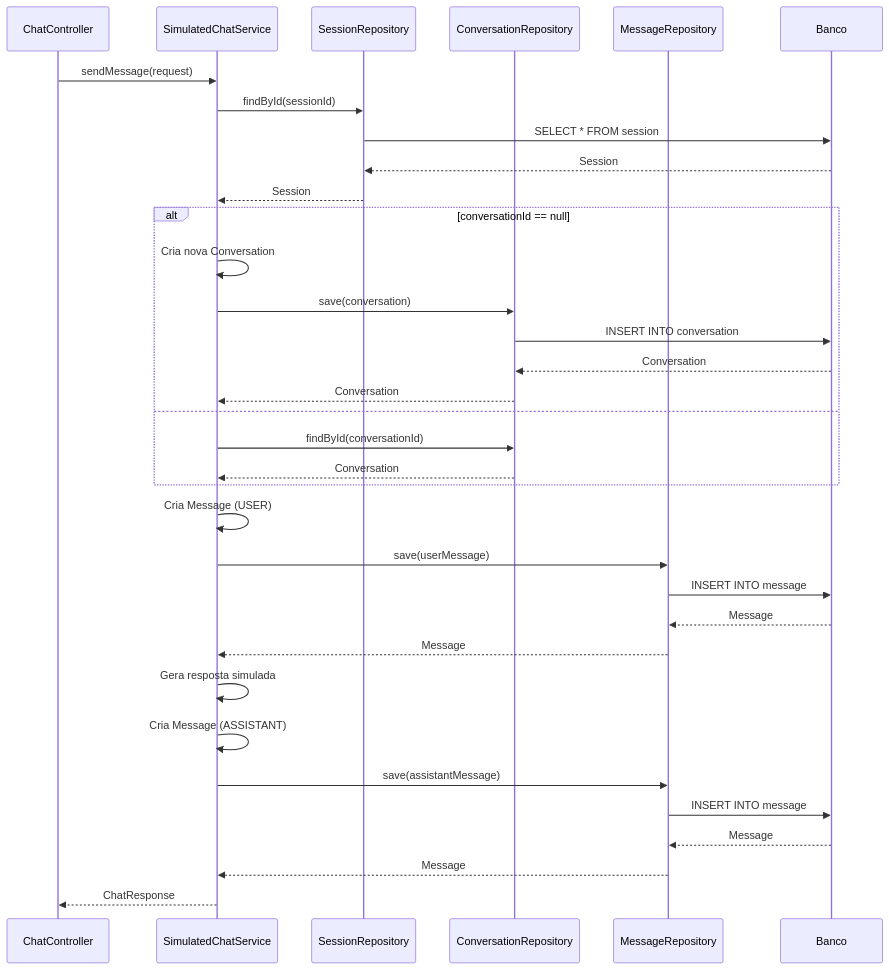
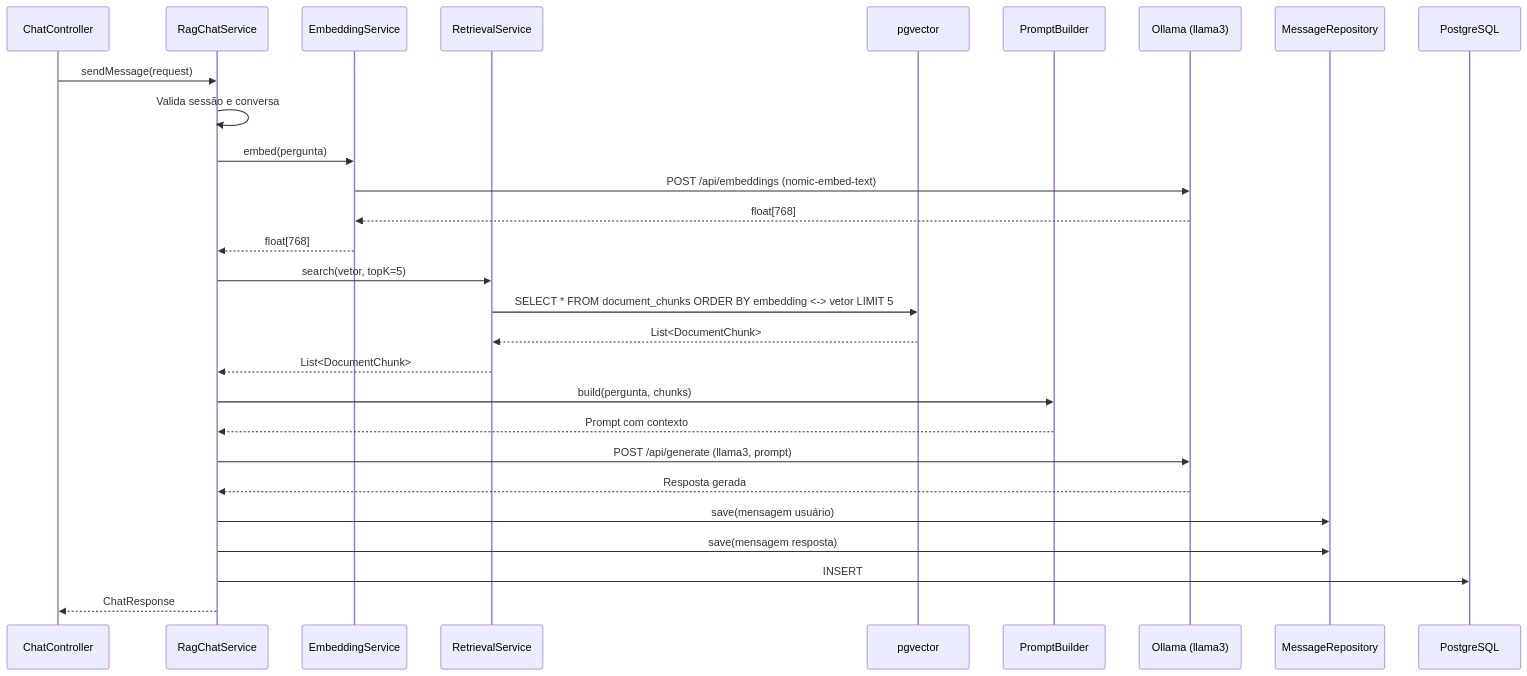
One commit to raylaferreira-coder/API_IA changed the fifth of 9 diagrams in doc/SYSTEM_DOCS_BACKEND.md. Above: the diagram before and after it, drawn with Mermaid. The commit also changed other lines of this file, not shown here.

````diff
--- a/doc/SYSTEM_DOCS_BACKEND.md
+++ b/doc/SYSTEM_DOCS_BACKEND.md
@@ -696,41 +1105,37 @@
 ```mermaid
 sequenceDiagram
     participant Controller as ChatController
-    participant Service as SimulatedChatService
-    participant SessionRepo as SessionRepository
-    participant ConvRepo as ConversationRepository
+    participant Service as RagChatService
+    participant EmbedSvc as EmbeddingService
+    participant Retrieval as RetrievalService
+    participant VectorDB as pgvector
+    participant Prompt as PromptBuilder
+    participant Ollama as Ollama (llama3)
     participant MsgRepo as MessageRepository
-    participant DB as Banco
+    participant DB as PostgreSQL
 
     Controller->>Service: sendMessage(request)
-    Service->>SessionRepo: findById(sessionId)
-    SessionRepo->>DB: SELECT * FROM session
-    DB-->>SessionRepo: Session
-    SessionRepo-->>Service: Session
+    Service->>Service: Valida sessão e conversa
 
-    alt conversationId == null
-        Service->>Service: Cria nova Conversation
-        Service->>ConvRepo: save(conversation)
-        ConvRepo->>DB: INSERT INTO conversation
-        DB-->>ConvRepo: Conversation
-        ConvRepo-->>Service: Conversation
-    else
-        Service->>ConvRepo: findById(conversationId)
-        ConvRepo-->>Service: Conversation
-    end
+    Service->>EmbedSvc: embed(pergunta)
+    EmbedSvc->>Ollama: POST /api/embeddings (nomic-embed-text)
+    Ollama-->>EmbedSvc: float[768]
+    EmbedSvc-->>Service: float[768]
 
-    Service->>Service: Cria Message (USER)
-    Service->>MsgRepo: save(userMessage)
-    MsgRepo->>DB: INSERT INTO message
-    DB-->>MsgRepo: Message
-    MsgRepo-->>Service: Message
+    Service->>Retrieval: search(vetor, topK=5)
+    Retrieval->>VectorDB: SELECT * FROM document_chunks ORDER BY embedding <-> vetor LIMIT 5
+    VectorDB-->>Retrieval: List<DocumentChunk>
+    Retrieval-->>Service: List<DocumentChunk>
 
-    Service->>Service: Gera resposta simulada
-    Service->>Service: Cria Message (ASSISTANT)
-    Service->>MsgRepo: save(assistantMessage)
-    MsgRepo->>DB: INSERT INTO message
-    DB-->>MsgRepo: Message
-    MsgRepo-->>Service: Message
+    Service->>Prompt: build(pergunta, chunks)
+    Prompt-->>Service: Prompt com contexto
+
+    Service->>Ollama: POST /api/generate (llama3, prompt)
+    Ollama-->>Service: Resposta gerada
+
+    Service->>MsgRepo: save(mensagem usuário)
+    Service->>MsgRepo: save(mensagem resposta)
+    Service->>DB: INSERT
 
     Service-->>Controller: ChatResponse
 ```
````
